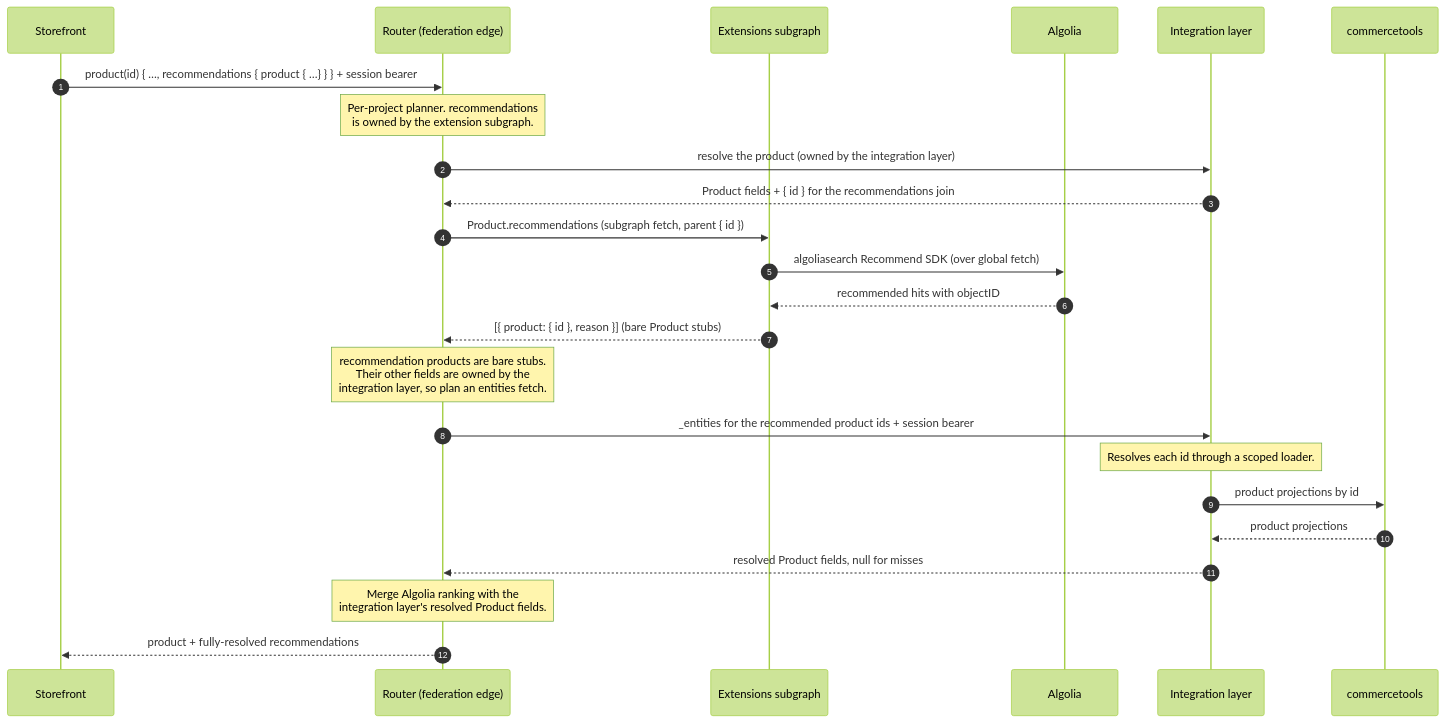
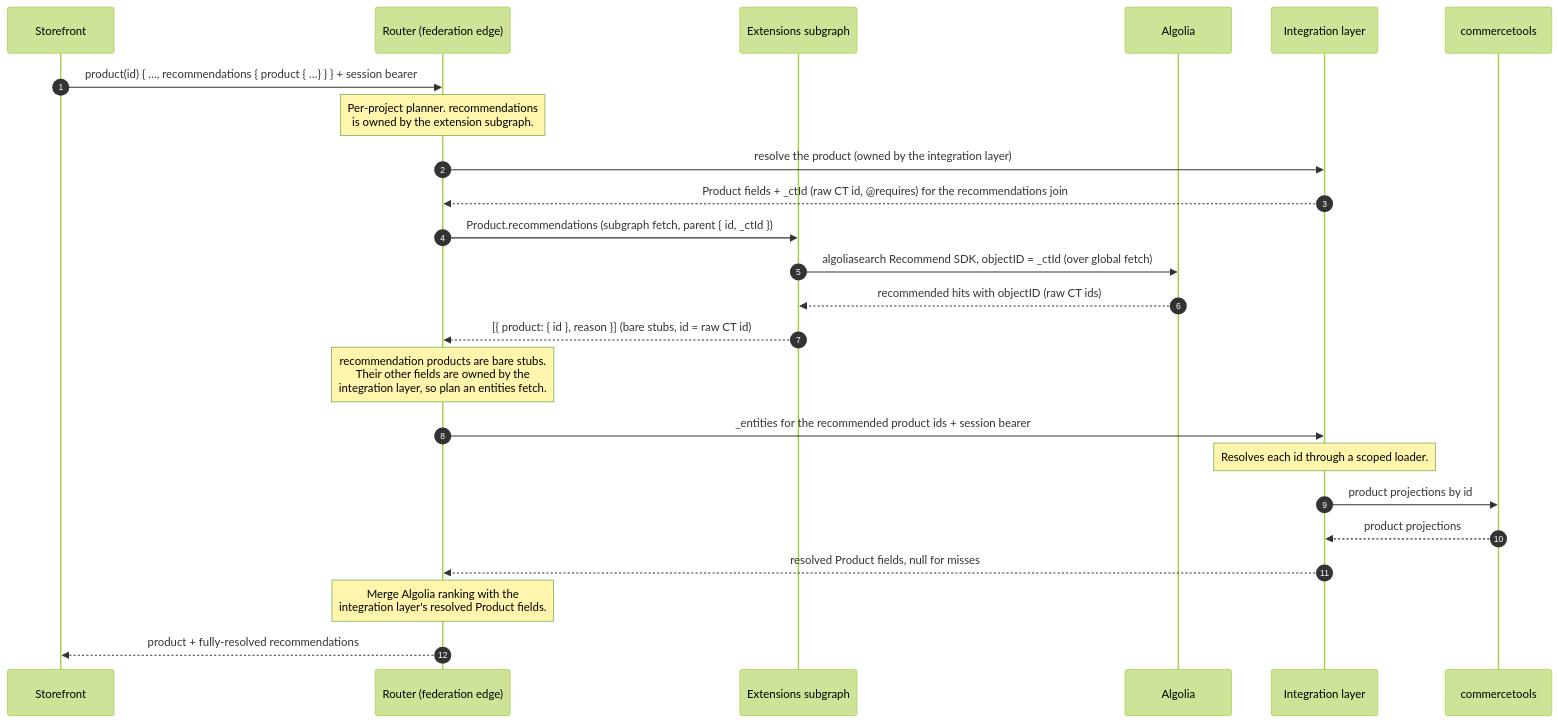
Before and after one commit to commercetools/commerce-integration-layer-extensions: the second of 2 diagrams in README.md, drawn with Mermaid (forest theme). The commit also changed other lines of this file and 1 other file, not shown here.

First line of the commit message:
fix(algolia-recommendations): key Algolia by _ctId, not the opaque Relay id (#17)

````diff
--- a/README.md
+++ b/README.md
@@ -826,31 +839,31 @@
 ```mermaid
 sequenceDiagram
     autonumber
     participant SF as Storefront
     participant R as Router (federation edge)
     participant X as Extensions subgraph
     participant AL as Algolia
     participant T as Integration layer
     participant CT as commercetools
 
     SF->>R: product(id) { …, recommendations { product { …} } } + session bearer
     Note over R: Per-project planner. recommendations<br/>is owned by the extension subgraph.
 
     R->>T: resolve the product (owned by the integration layer)
-    T-->>R: Product fields + { id } for the recommendations join
-    R->>X: Product.recommendations  (subgraph fetch, parent { id })
-    X->>AL: algoliasearch Recommend SDK (over global fetch)
-    AL-->>X: recommended hits with objectID
-    X-->>R: [{ product: { id }, reason }]  (bare Product stubs)
+    T-->>R: Product fields + _ctId (raw CT id, @requires) for the recommendations join
+    R->>X: Product.recommendations  (subgraph fetch, parent { id, _ctId })
+    X->>AL: algoliasearch Recommend SDK, objectID = _ctId (over global fetch)
+    AL-->>X: recommended hits with objectID (raw CT ids)
+    X-->>R: [{ product: { id }, reason }]  (bare stubs, id = raw CT id)
 
     Note over R: recommendation products are bare stubs.<br/>Their other fields are owned by the<br/>integration layer, so plan an entities fetch.
 
     R->>T: _entities for the recommended product ids + session bearer
     Note over T: Resolves each id through a scoped loader.
     T->>CT: product projections by id
     CT-->>T: product projections
     T-->>R: resolved Product fields, null for misses
 
     Note over R: Merge Algolia ranking with the<br/>integration layer's resolved Product fields.
     R-->>SF: product + fully-resolved recommendations
 ```
````
